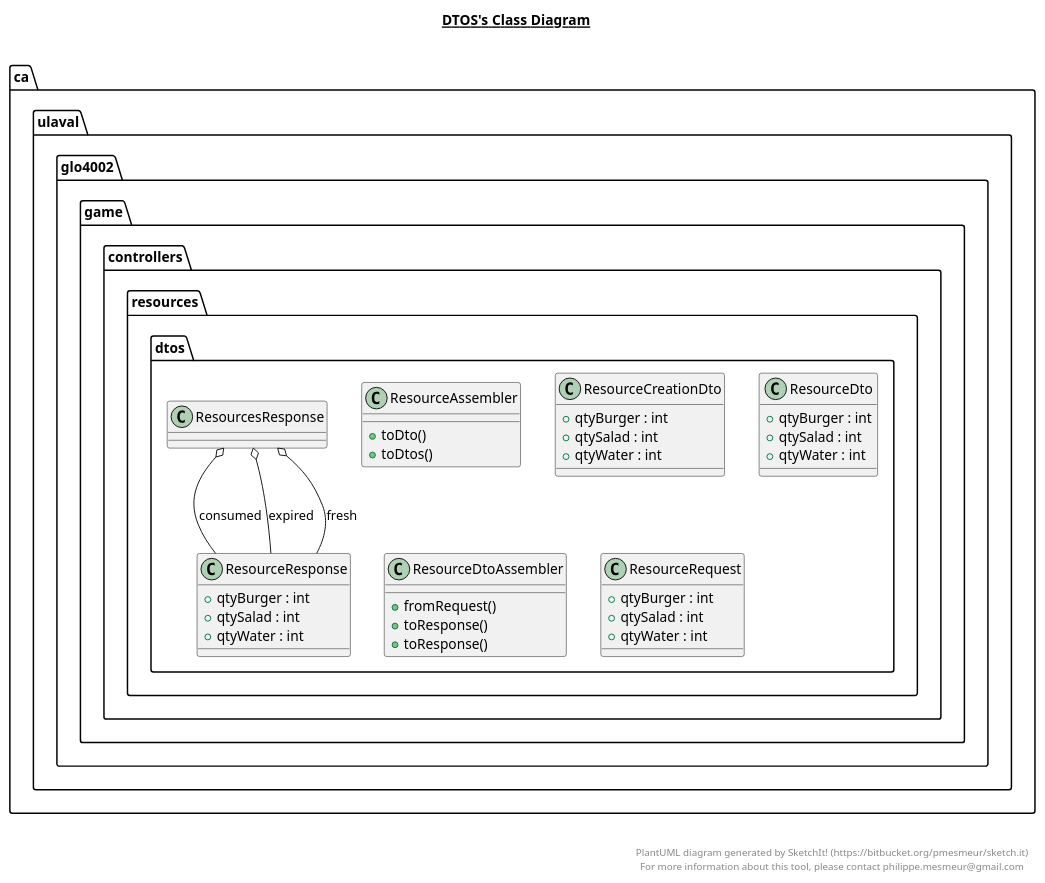
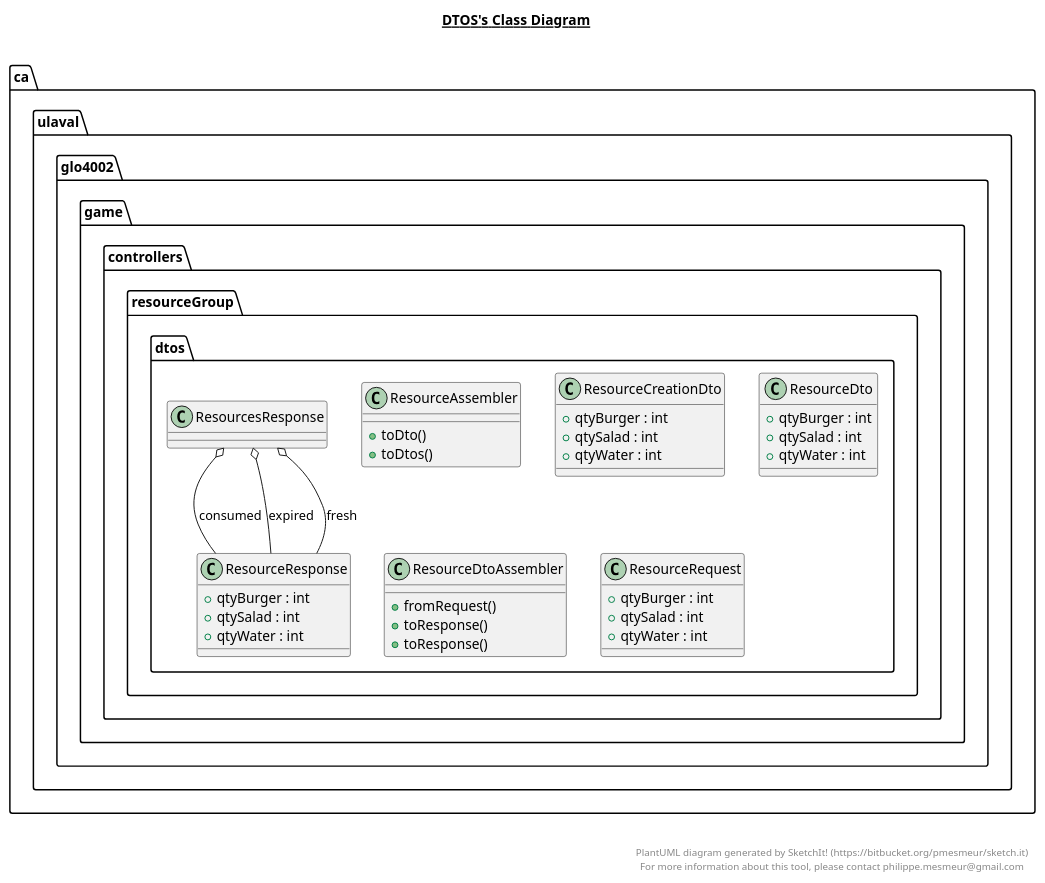
The diagram in game-api/src/main/java/ca/ulaval/glo4002/game/controllers/resources/dtos/dtos.plantuml (MALEC321/MEP7), drawn with PlantUML before and after one commit. The commit also changed 26 other files, not shown here.

Commit message:
refactor Resources -> ResourceGroup

```diff
--- a/game-api/src/main/java/ca/ulaval/glo4002/game/controllers/resources/dtos/dtos.plantuml
+++ b/game-api/src/main/java/ca/ulaval/glo4002/game/controllers/resources/dtos/dtos.plantuml
@@ -1,104 +1,104 @@
 @startuml
 
 title __DTOS's Class Diagram__\n
 
     namespace ca.ulaval.glo4002.game {
-      namespace controllers.resources {
+      namespace controllers.resourceGroup {
         namespace dtos {
-          class ca.ulaval.glo4002.game.controllers.resources.dtos.ResourceAssembler {
+          class ca.ulaval.glo4002.game.controllers.resourceGroup.dtos.ResourceAssembler {
               + toDto()
               + toDtos()
           }
         }
       }
     }
   
 
     namespace ca.ulaval.glo4002.game {
-      namespace controllers.resources {
+      namespace controllers.resourceGroup {
         namespace dtos {
-          class ca.ulaval.glo4002.game.controllers.resources.dtos.ResourceCreationDto {
+          class ca.ulaval.glo4002.game.controllers.resourceGroup.dtos.ResourceCreationDto {
               + qtyBurger : int
               + qtySalad : int
               + qtyWater : int
           }
         }
       }
     }
   
 
     namespace ca.ulaval.glo4002.game {
-      namespace controllers.resources {
+      namespace controllers.resourceGroup {
         namespace dtos {
-          class ca.ulaval.glo4002.game.controllers.resources.dtos.ResourceDto {
+          class ca.ulaval.glo4002.game.controllers.resourceGroup.dtos.ResourceDto {
               + qtyBurger : int
               + qtySalad : int
               + qtyWater : int
           }
         }
       }
     }
   
 
     namespace ca.ulaval.glo4002.game {
-      namespace controllers.resources {
+      namespace controllers.resourceGroup {
         namespace dtos {
-          class ca.ulaval.glo4002.game.controllers.resources.dtos.ResourceDtoAssembler {
+          class ca.ulaval.glo4002.game.controllers.resourceGroup.dtos.ResourceDtoAssembler {
               + fromRequest()
               + toResponse()
               + toResponse()
           }
         }
       }
     }
   
 
     namespace ca.ulaval.glo4002.game {
-      namespace controllers.resources {
+      namespace controllers.resourceGroup {
         namespace dtos {
-          class ca.ulaval.glo4002.game.controllers.resources.dtos.ResourceRequest {
+          class ca.ulaval.glo4002.game.controllers.resourceGroup.dtos.ResourceRequest {
               + qtyBurger : int
               + qtySalad : int
               + qtyWater : int
           }
         }
       }
     }
   
 
     namespace ca.ulaval.glo4002.game {
-      namespace controllers.resources {
+      namespace controllers.resourceGroup {
         namespace dtos {
-          class ca.ulaval.glo4002.game.controllers.resources.dtos.ResourceResponse {
+          class ca.ulaval.glo4002.game.controllers.resourceGroup.dtos.ResourceResponse {
               + qtyBurger : int
               + qtySalad : int
               + qtyWater : int
           }
         }
       }
     }
   
 
     namespace ca.ulaval.glo4002.game {
-      namespace controllers.resources {
+      namespace controllers.resourceGroup {
         namespace dtos {
-          class ca.ulaval.glo4002.game.controllers.resources.dtos.ResourcesResponse {
+          class ca.ulaval.glo4002.game.controllers.resourceGroup.dtos.ResourcesResponse {
           }
         }
       }
     }
   
 
-  ca.ulaval.glo4002.game.controllers.resources.dtos.ResourcesResponse o-- ca.ulaval.glo4002.game.controllers.resources.dtos.ResourceResponse : consumed
-  ca.ulaval.glo4002.game.controllers.resources.dtos.ResourcesResponse o-- ca.ulaval.glo4002.game.controllers.resources.dtos.ResourceResponse : expired
-  ca.ulaval.glo4002.game.controllers.resources.dtos.ResourcesResponse o-- ca.ulaval.glo4002.game.controllers.resources.dtos.ResourceResponse : fresh
+  ca.ulaval.glo4002.game.controllers.resourceGroup.dtos.ResourcesResponse o-- ca.ulaval.glo4002.game.controllers.resourceGroup.dtos.ResourceResponse : consumed
+  ca.ulaval.glo4002.game.controllers.resourceGroup.dtos.ResourcesResponse o-- ca.ulaval.glo4002.game.controllers.resourceGroup.dtos.ResourceResponse : expired
+  ca.ulaval.glo4002.game.controllers.resourceGroup.dtos.ResourcesResponse o-- ca.ulaval.glo4002.game.controllers.resourceGroup.dtos.ResourceResponse : fresh
 
 
 right footer
 
 
 PlantUML diagram generated by SketchIt! (https://bitbucket.org/pmesmeur/sketch.it)
 For more information about this tool, please contact philippe.mesmeur@gmail.com
 endfooter
 
 @enduml
```
